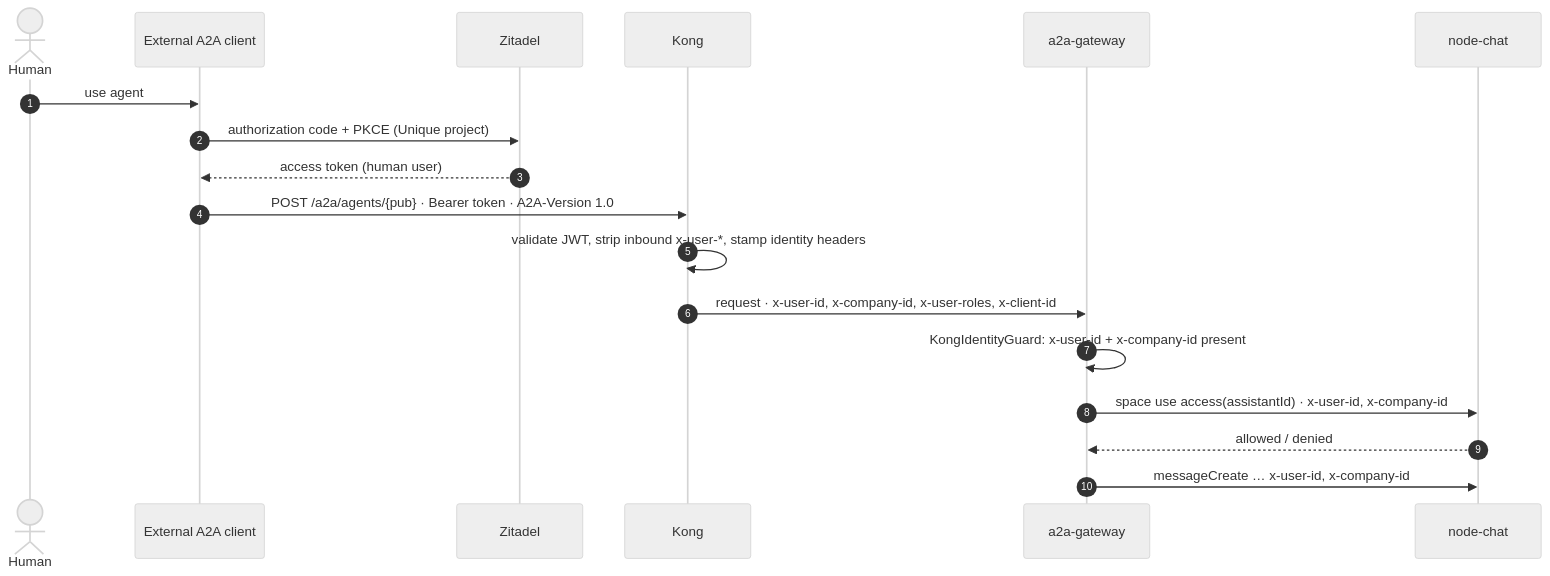
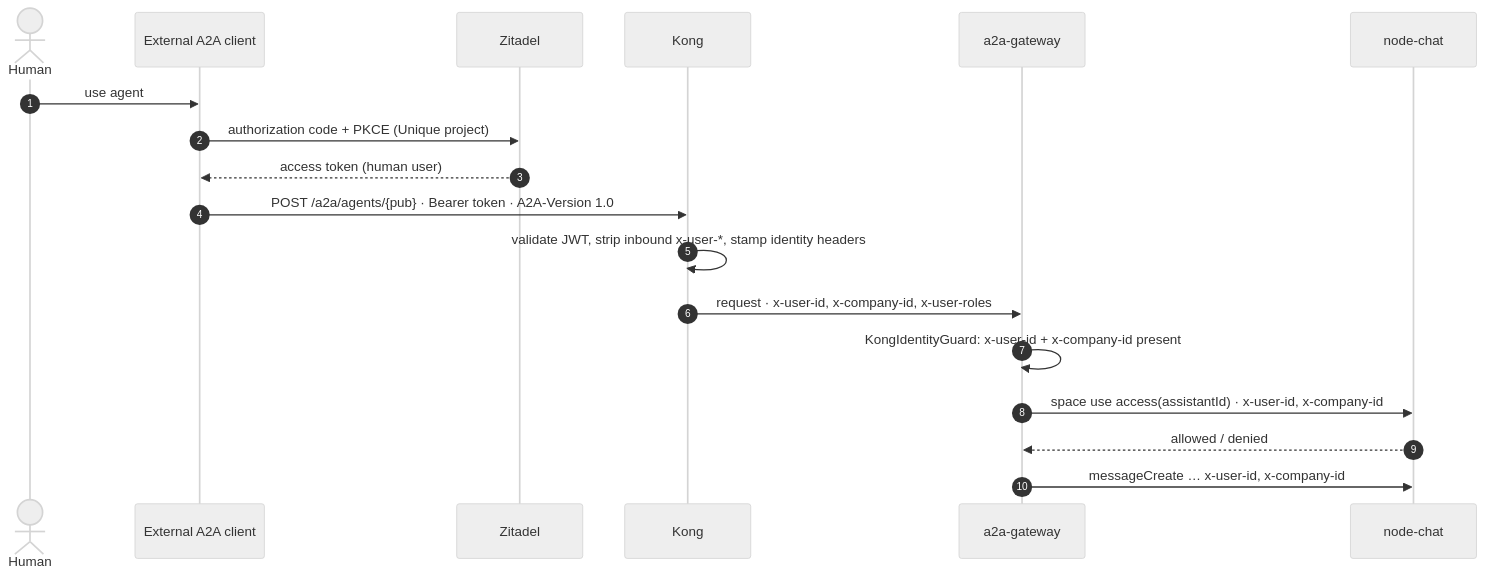
One commit to Unique-AG/connectors changed the first of 2 diagrams in services/a2a-gateway/docs/identity-and-trust.md. Above: the diagram before and after it, drawn with Mermaid. The commit also changed other lines of this file and 12 other files, not shown here.

````diff
--- a/services/a2a-gateway/docs/identity-and-trust.md
+++ b/services/a2a-gateway/docs/identity-and-trust.md
@@ -7,22 +7,22 @@
 ```mermaid
 %%{init: {'theme': 'neutral'}}%%
 sequenceDiagram
     autonumber
     actor Human
     participant Agent as External A2A client
     participant Zitadel
     participant Kong
     participant GW as a2a-gateway
     participant Chat as node-chat
 
     Human->>Agent: use agent
     Agent->>Zitadel: authorization code + PKCE (Unique project)
     Zitadel-->>Agent: access token (human user)
     Agent->>Kong: POST /a2a/agents/{pub} · Bearer token · A2A-Version 1.0
     Kong->>Kong: validate JWT, strip inbound x-user-*, stamp identity headers
-    Kong->>GW: request · x-user-id, x-company-id, x-user-roles, x-client-id
+    Kong->>GW: request · x-user-id, x-company-id, x-user-roles
     GW->>GW: KongIdentityGuard: x-user-id + x-company-id present
     GW->>Chat: space use access(assistantId) · x-user-id, x-company-id
     Chat-->>GW: allowed / denied
     GW->>Chat: messageCreate … x-user-id, x-company-id
 ```
````
